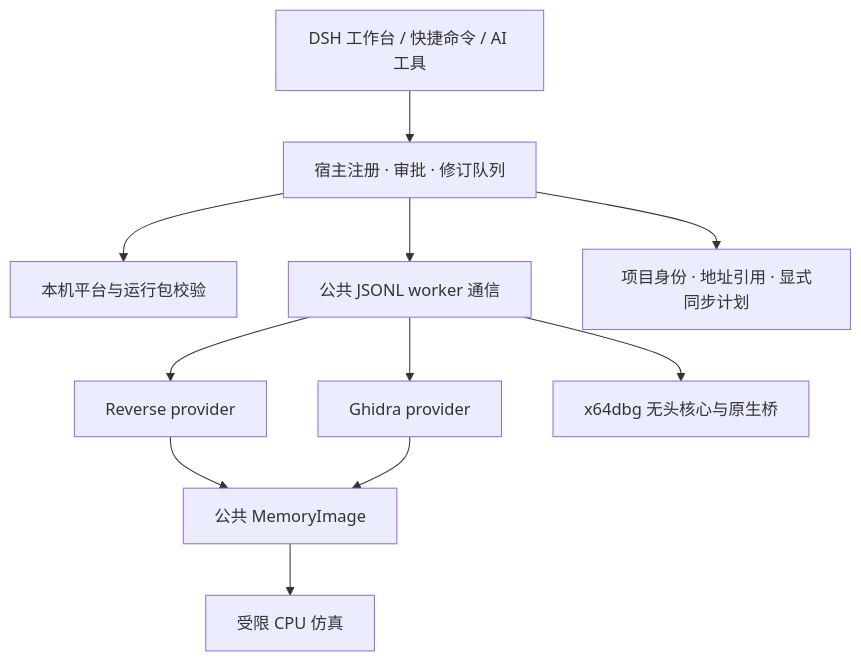
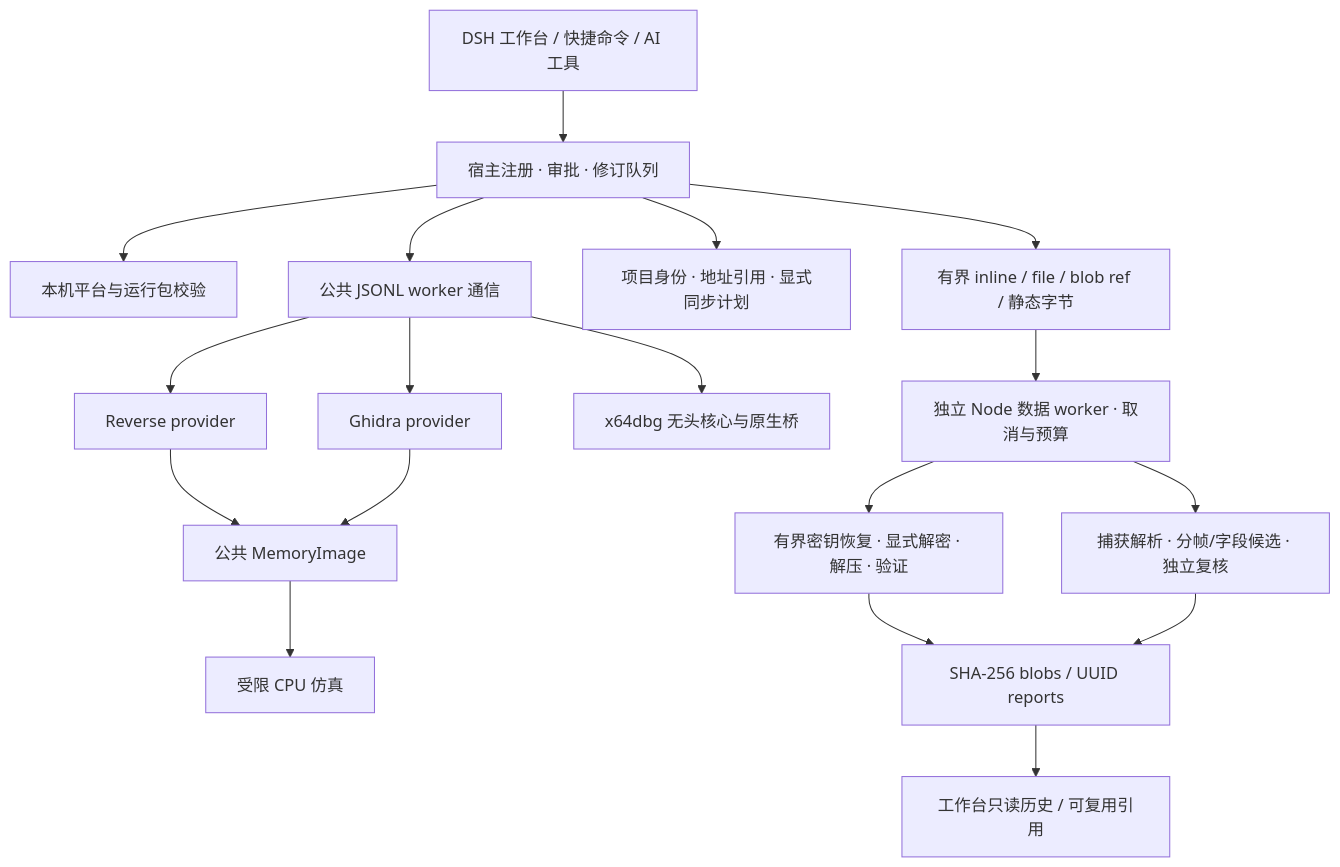
One commit to Minglink/dsh-infinite-gen-5 changed the diagram in docs/ARCHITECTURE.md. Above: the diagram before and after it, drawn with Mermaid. The commit also changed other lines of this file and 96 other files, not shown here.

````diff
--- a/docs/ARCHITECTURE.md
+++ b/docs/ARCHITECTURE.md
@@ -5,13 +5,20 @@
 ```mermaid
 flowchart TD
   UI[DSH 工作台 / 快捷命令 / AI 工具] --> Host[宿主注册 · 审批 · 修订队列]
   Host --> Platform[本机平台与运行包校验]
   Host --> Transport[公共 JSONL worker 通信]
   Transport --> Reverse[Reverse provider]
   Transport --> Ghidra[Ghidra provider]
   Transport --> Debug[x64dbg 无头核心与原生桥]
   Reverse --> Image[公共 MemoryImage]
   Ghidra --> Image
   Image --> CPU[受限 CPU 仿真]
   Host --> Identity[项目身份 · 地址引用 · 显式同步计划]
+  Host --> Input[有界 inline / file / blob ref / 静态字节]
+  Input --> Jobs[独立 Node 数据 worker · 取消与预算]
+  Jobs --> Crypto[有界密钥恢复 · 显式解密 · 解压 · 验证]
+  Jobs --> Protocol[捕获解析 · 分帧/字段候选 · 独立复核]
+  Crypto --> Artifacts[SHA-256 blobs / UUID reports]
+  Protocol --> Artifacts
+  Artifacts --> ReadOnly[工作台只读历史 / 可复用引用]
 ```
````
